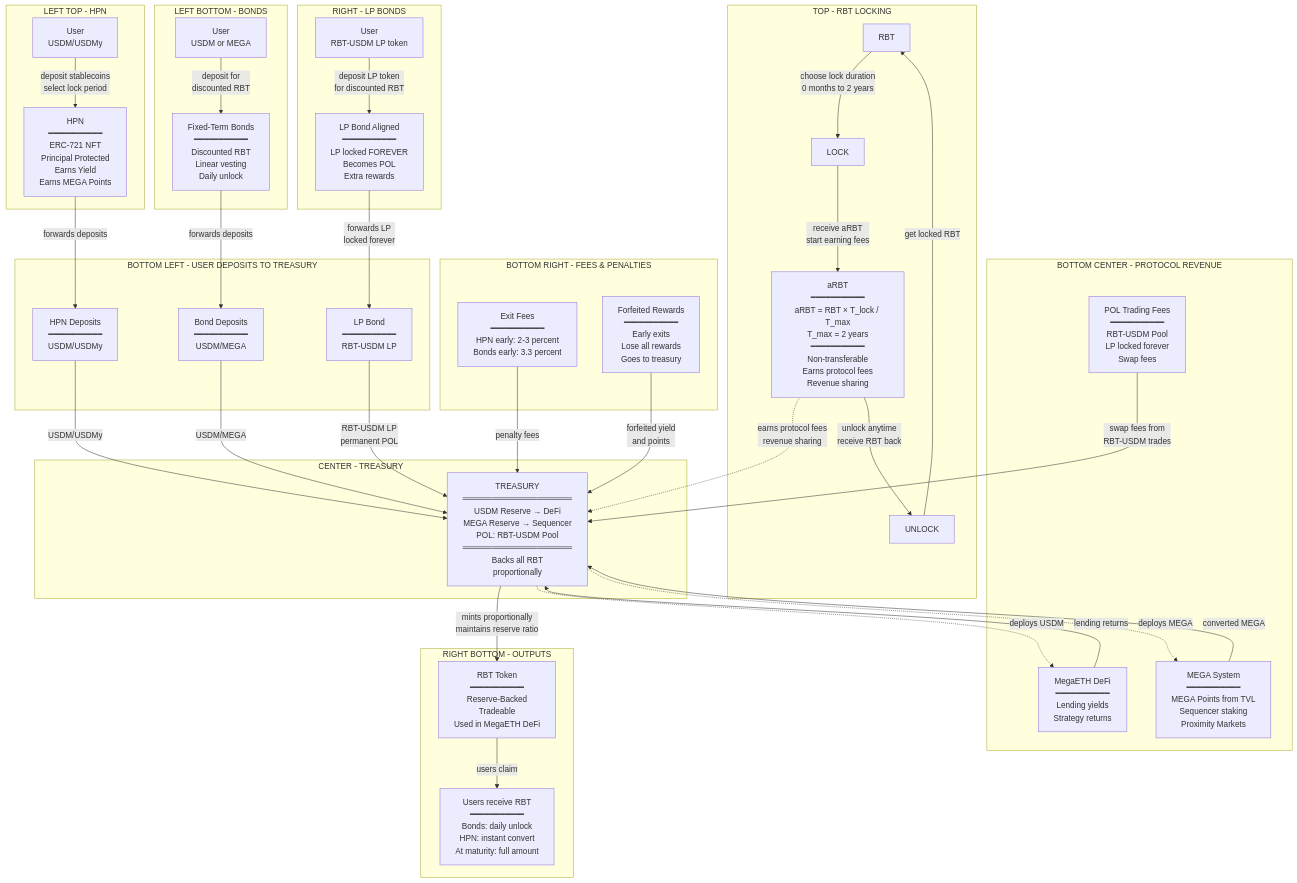
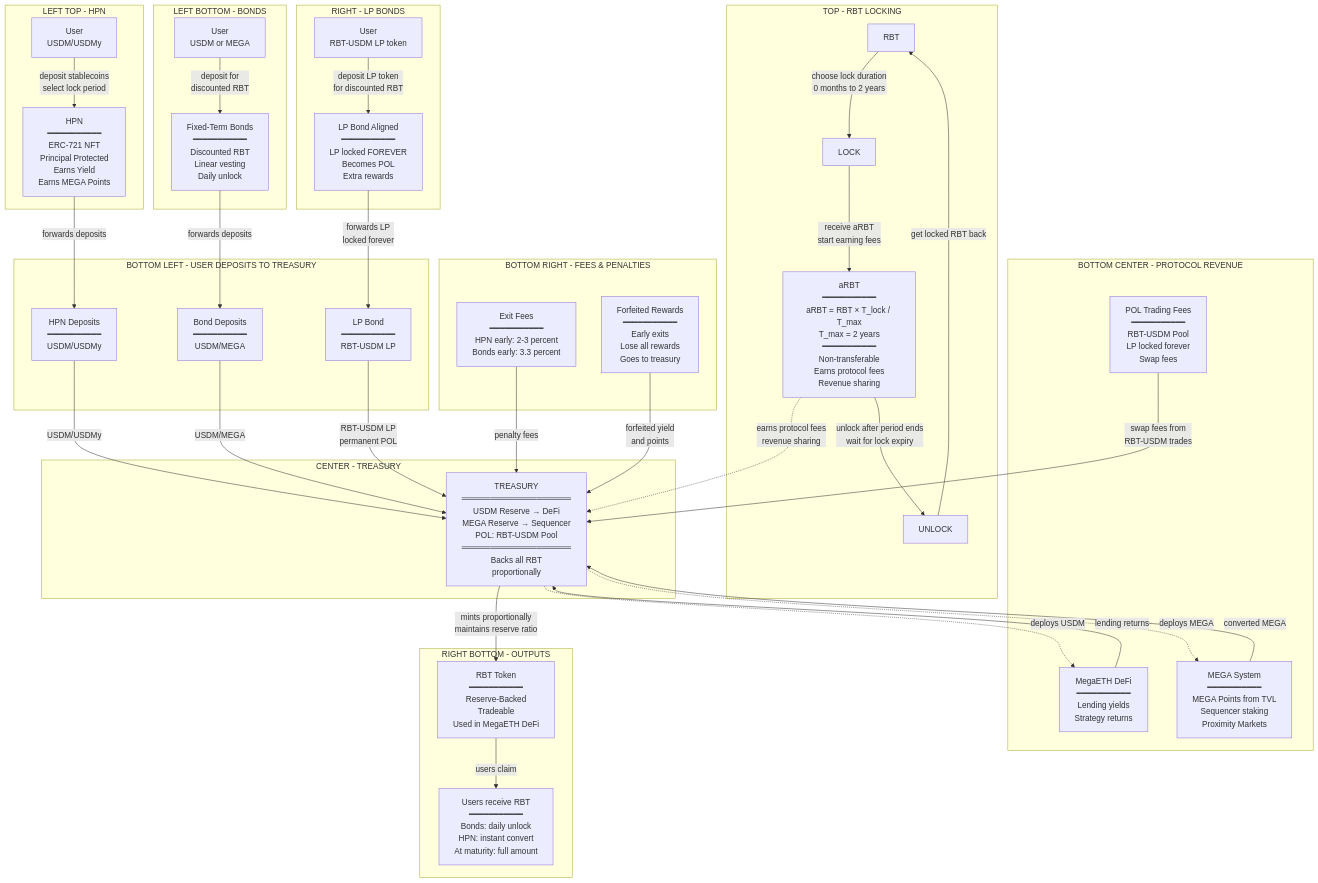
One commit to 0xJaehaerys/ohmega changed the diagram in blackhaven-complete-system.md. Above: the diagram before and after it, drawn with Mermaid.

Commit message:
Fix aRBT unlock: only after lock period ends, not anytime

```diff
--- a/blackhaven-complete-system.md
+++ b/blackhaven-complete-system.md
@@ -12,8 +12,8 @@
         
         RBT_TOP -->|choose lock duration<br/>0 months to 2 years| LOCK_BTN
         LOCK_BTN -->|receive aRBT<br/>start earning fees| ARBT_LOCKED
-        ARBT_LOCKED -->|unlock anytime<br/>receive RBT back| UNLOCK_BTN
-        UNLOCK_BTN -->|get locked RBT| RBT_TOP
+        ARBT_LOCKED -->|unlock after period ends<br/>wait for lock expiry| UNLOCK_BTN
+        UNLOCK_BTN -->|get locked RBT back| RBT_TOP
     end
     
     subgraph "LEFT TOP - HPN"
```
